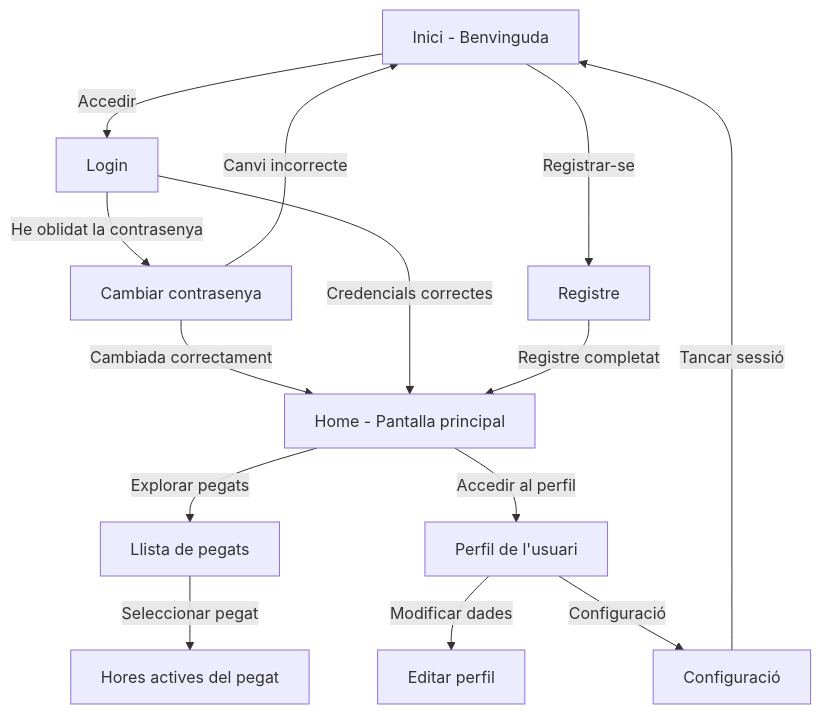
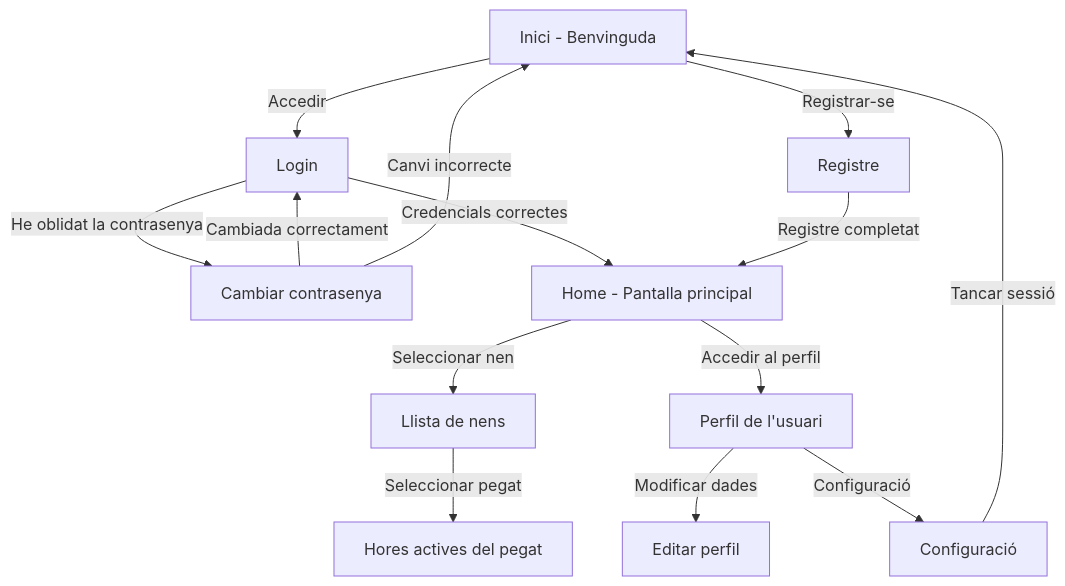
The diagram in chards/diagramPestanyes.mmd (maraagm/TapatApp), drawn with Mermaid before and after one commit.

```diff
--- a/chards/diagramPestanyes.mmd
+++ b/chards/diagramPestanyes.mmd
@@ -1,14 +1,14 @@
 flowchart TD
     A[Inici - Benvinguda] -->|Accedir| B[Login]
     B -->|He oblidat la contrasenya| D[Cambiar contrasenya]
-    D -->|Cambiada correctament| E
+    D -->|Cambiada correctament| B
     D -->|Canvi incorrecte|A
     A -->|Registrar-se| C[Registre]
     B -->|Credencials correctes| E[Home - Pantalla principal]
     C -->|Registre completat| E
-    E -->|Explorar pegats| F[Llista de pegats]
+    E -->|Seleccionar nen| F[Llista de nens]
     F -->|Seleccionar pegat| G[Hores actives del pegat]
     E -->|Accedir al perfil| J[Perfil de l'usuari]
     J -->|Modificar dades| K[Editar perfil]
     J -->|Configuració| L[Configuració]
     L -->|Tancar sessió| A
```
